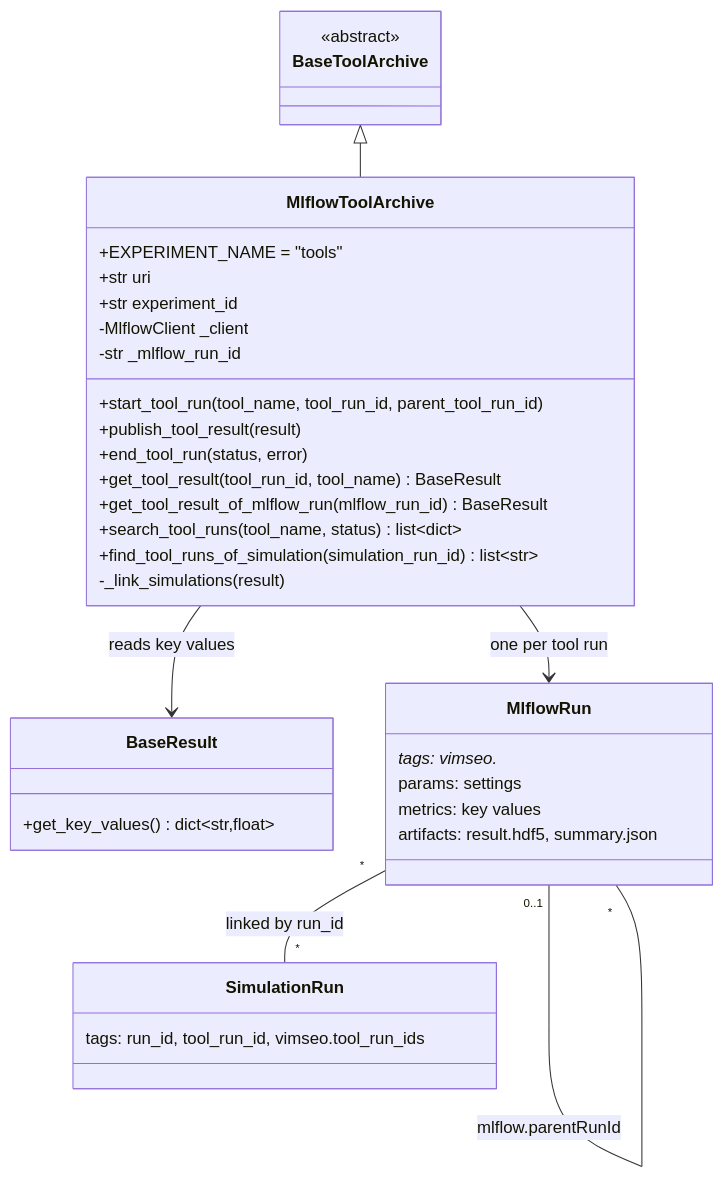
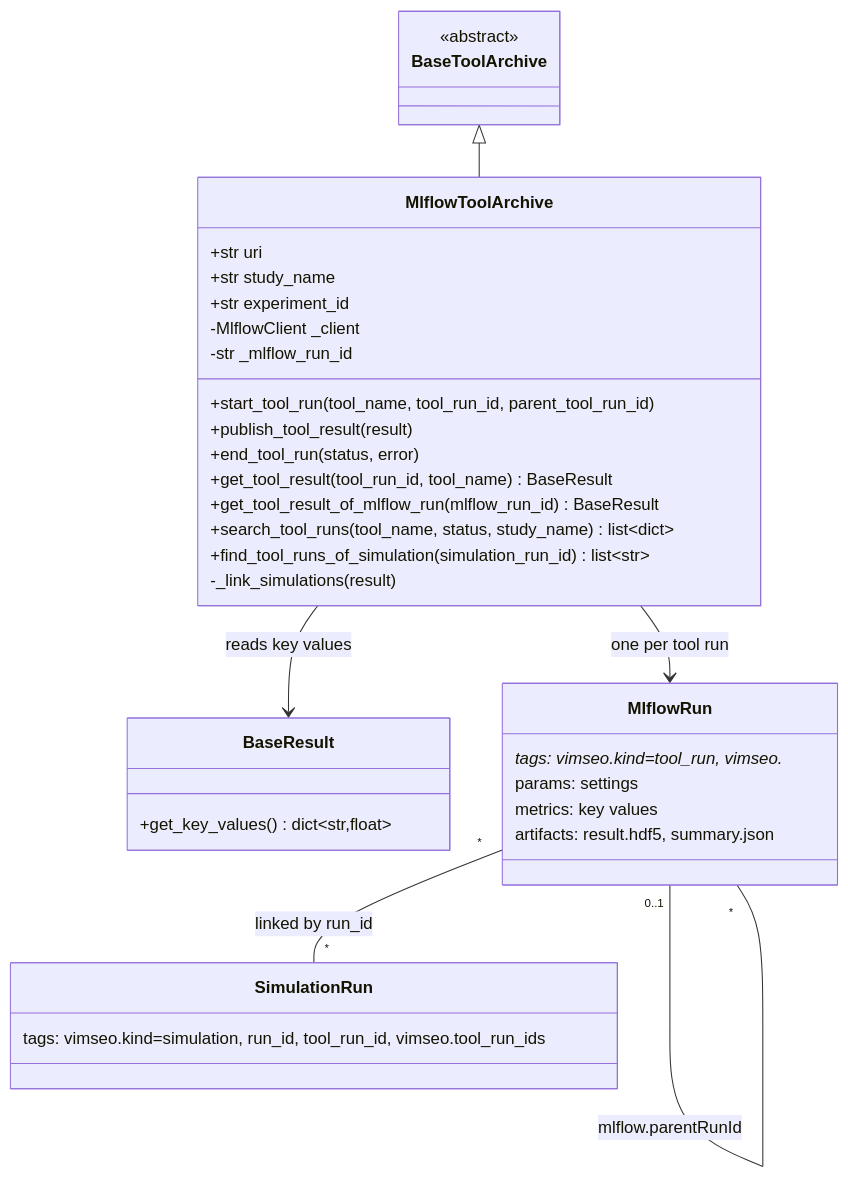
Before and after one commit to SebastienBocquet/vimseo: the diagram in spdd/prompt/SPEC-005-202610091121-[Feat]-storage-tool-results-archive-in-mlflow.md, drawn with Mermaid. The commit also changed other lines of this file and 10 other files, not shown here.

````diff
--- a/spdd/prompt/SPEC-005-202610091121-[Feat]-storage-tool-results-archive-in-mlflow.md
+++ b/spdd/prompt/SPEC-005-202610091121-[Feat]-storage-tool-results-archive-in-mlflow.md
@@ -44,41 +49,41 @@
 ```mermaid
 classDiagram
 direction TB
 
 class BaseToolArchive {
     <<abstract>>
 }
 class MlflowToolArchive {
-    +EXPERIMENT_NAME = "tools"
     +str uri
+    +str study_name
     +str experiment_id
     -MlflowClient _client
     -str _mlflow_run_id
     +start_tool_run(tool_name, tool_run_id, parent_tool_run_id)
     +publish_tool_result(result)
     +end_tool_run(status, error)
     +get_tool_result(tool_run_id, tool_name) BaseResult
     +get_tool_result_of_mlflow_run(mlflow_run_id) BaseResult
-    +search_tool_runs(tool_name, status) list~dict~
+    +search_tool_runs(tool_name, status, study_name) list~dict~
     +find_tool_runs_of_simulation(simulation_run_id) list~str~
     -_link_simulations(result)
 }
 class BaseResult {
     +get_key_values() dict~str,float~
 }
 class MlflowRun {
-    tags: vimseo.*
+    tags: vimseo.kind=tool_run, vimseo.*
     params: settings
     metrics: key values
     artifacts: result.hdf5, summary.json
 }
 class SimulationRun {
-    tags: run_id, tool_run_id, vimseo.tool_run_ids
+    tags: vimseo.kind=simulation, run_id, tool_run_id, vimseo.tool_run_ids
 }
 
 BaseToolArchive <|-- MlflowToolArchive
 MlflowToolArchive --> MlflowRun : one per tool run
 MlflowRun "0..1" -- "*" MlflowRun : mlflow.parentRunId
 MlflowRun "*" -- "*" SimulationRun : linked by run_id
 MlflowToolArchive --> BaseResult : reads key values
 ```
````
